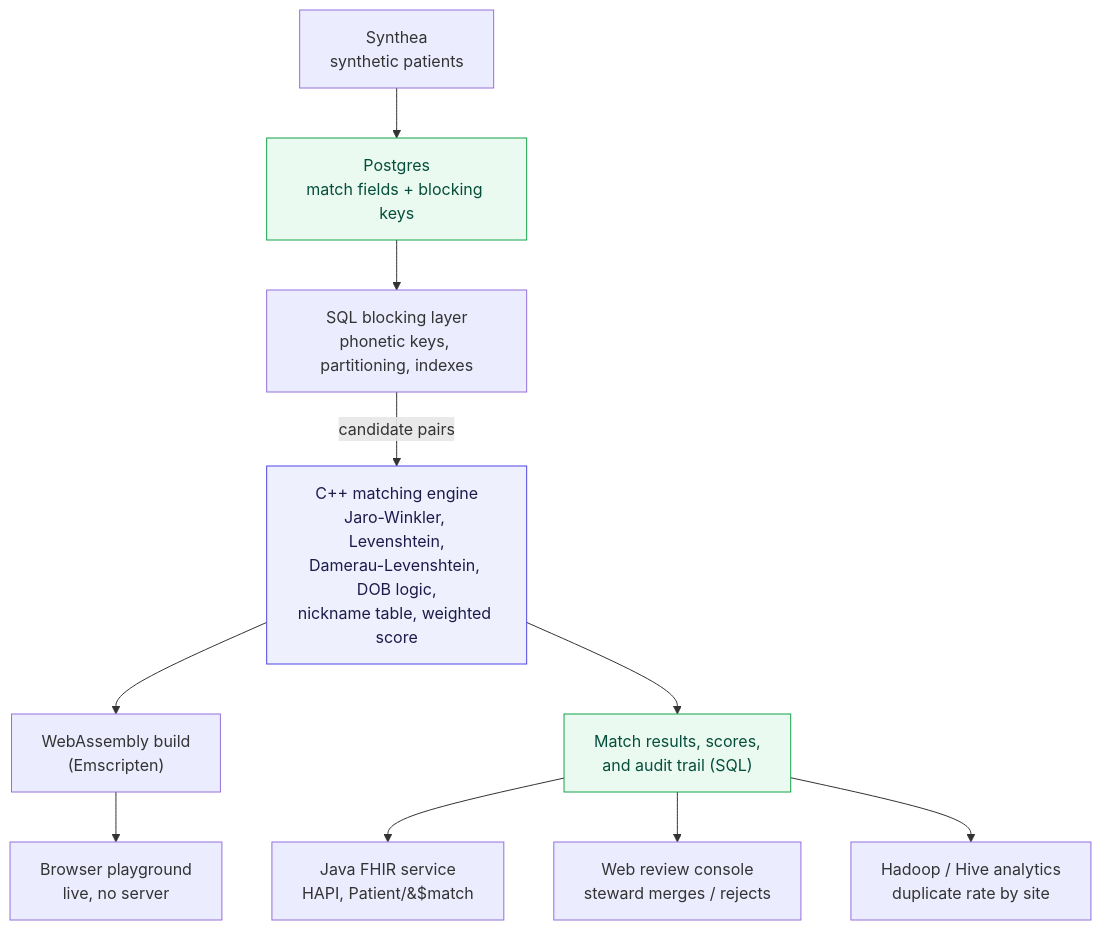
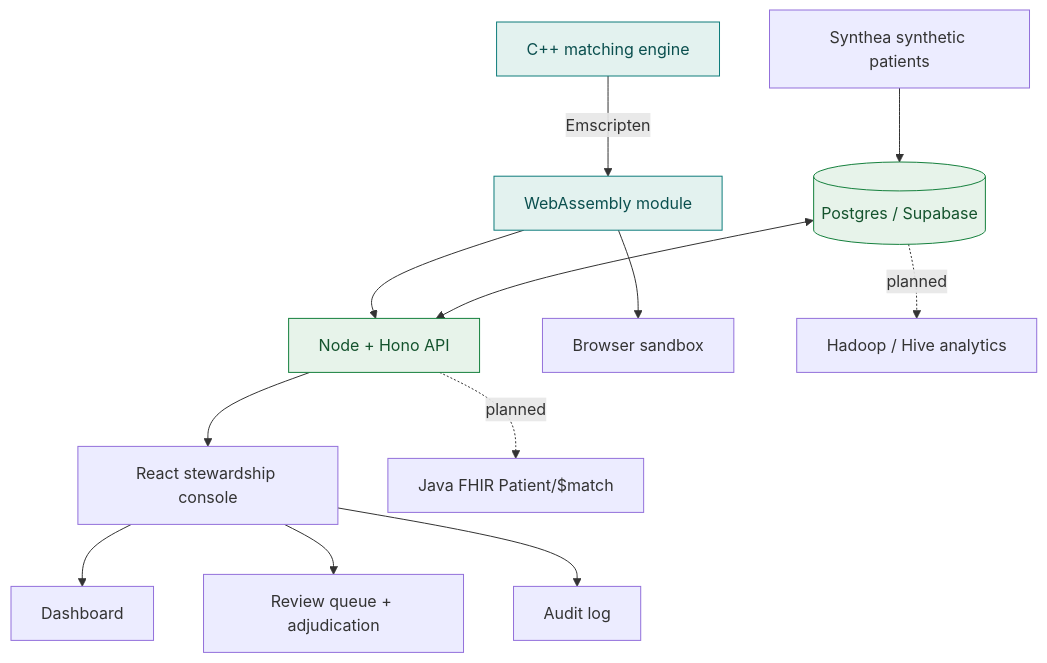
Before and after one commit to royalgillz/PatientDedupe: the diagram in README.md, drawn with Mermaid. The commit also changed other lines of this file and 9 other files, not shown here.

````diff
--- a/README.md
+++ b/README.md
@@ -68,17 +64,19 @@
 ```mermaid
 flowchart TD
-    A["Synthea<br/>synthetic patients"] --> B["Postgres<br/>match fields + blocking keys"]
-    B --> C["SQL blocking layer<br/>phonetic keys, partitioning, indexes"]
-    C -->|candidate pairs| D["C++ matching engine<br/>Jaro-Winkler, Levenshtein,<br/>Damerau-Levenshtein, DOB logic,<br/>nickname table, weighted score"]
-    D --> W["WebAssembly build<br/>(Emscripten)"]
-    W --> P["Browser playground<br/>live, no server"]
-    D --> E["Match results, scores,<br/>and audit trail (SQL)"]
-    E --> F["Java FHIR service<br/>HAPI, Patient/&#36;match"]
-    E --> G["Web review console<br/>steward merges / rejects"]
-    E --> H["Hadoop / Hive analytics<br/>duplicate rate by site"]
+    A["Synthea synthetic patients"] --> DB[("Postgres / Supabase")]
+    E["C++ matching engine"] -->|"Emscripten"| W["WebAssembly module"]
+    W --> API["Node + Hono API"]
+    W --> SB["Browser sandbox"]
+    DB <--> API
+    API --> UI["React stewardship console"]
+    UI --> D1["Dashboard"]
+    UI --> D2["Review queue + adjudication"]
+    UI --> D3["Audit log"]
+    API -. planned .-> FHIR["Java FHIR Patient/$match"]
+    DB -. planned .-> HV["Hadoop / Hive analytics"]
 
-    classDef core fill:#eef0fe,stroke:#4f46e5,color:#1e1b4b;
-    classDef data fill:#eafaf1,stroke:#15a34a,color:#064e3b;
-    class D core;
-    class B,E data;
+    classDef core fill:#e3f2ef,stroke:#0e7c7b,color:#0a4f4e;
+    classDef data fill:#e7f3ea,stroke:#15803d,color:#14532d;
+    class E,W core;
+    class DB,API data;
 ```
````
